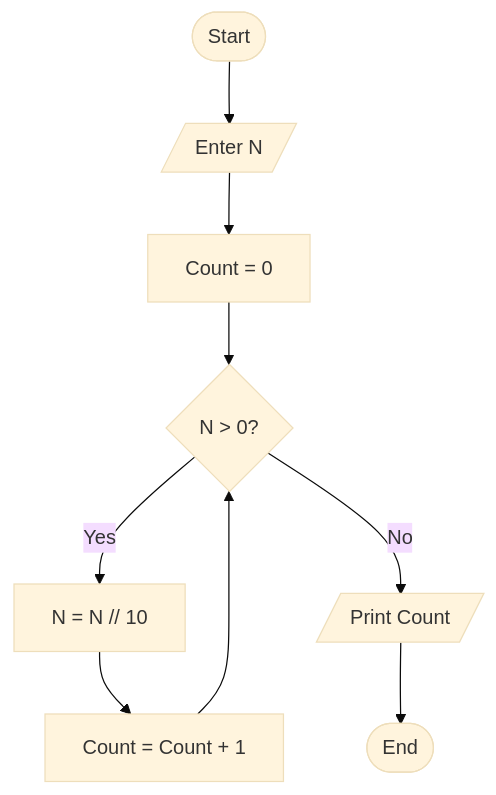
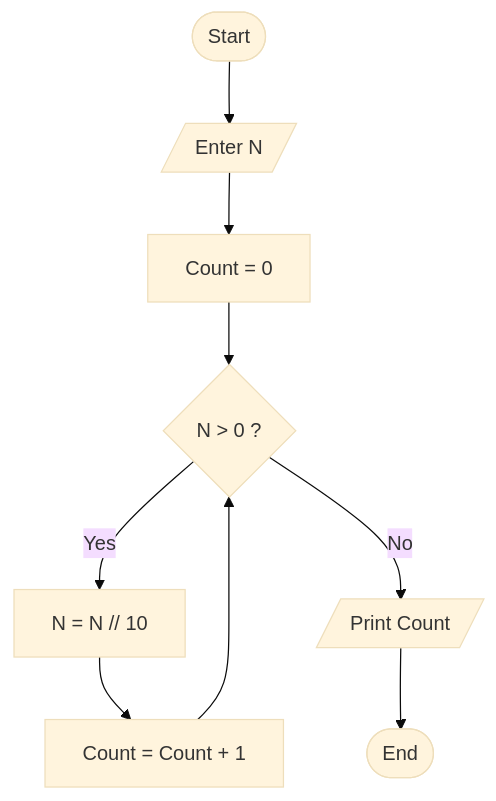
One commit to cwa-web/BasicPythonPrograms changed diagram 18 of 20 in README.md. Above: the diagram before and after it, drawn with Mermaid (base theme). The commit also changed other lines of this file, not shown here.

First line of the commit message:
Refactor flow diagrams to use Mermaid syntax

````diff
--- a/README.md
+++ b/README.md
@@ -527,11 +549,11 @@
   ```mermaid
   flowchart TD
       A([Start]) --> B[/Enter N/]
-      B --> C[Count = 0]
-      C --> D{N > 0?}
-      D -- Yes --> E[N = N // 10]
-      E --> F[Count = Count + 1]
+      B --> C["Count = 0"]
+      C --> D{"N > 0 ?"}
+      D -- Yes --> E["N = N // 10"]
+      E --> F["Count = Count + 1"]
       F --> D
       D -- No --> G[/Print Count/]
       G --> H([End])
   ```
````
